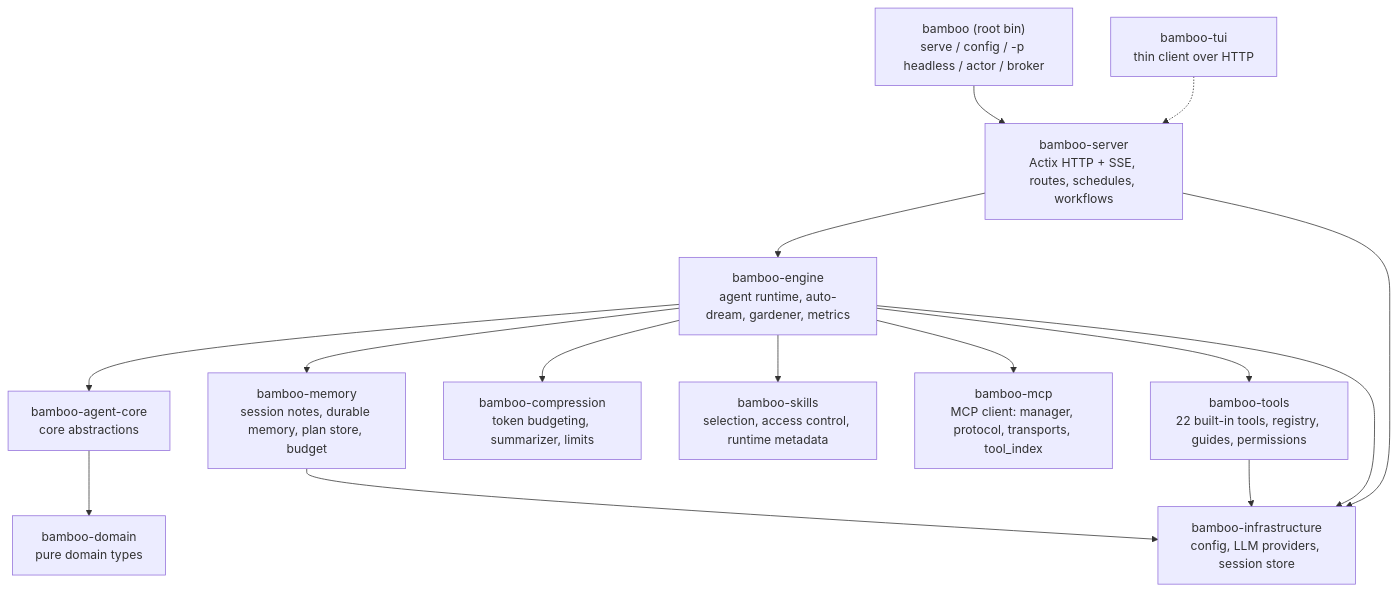
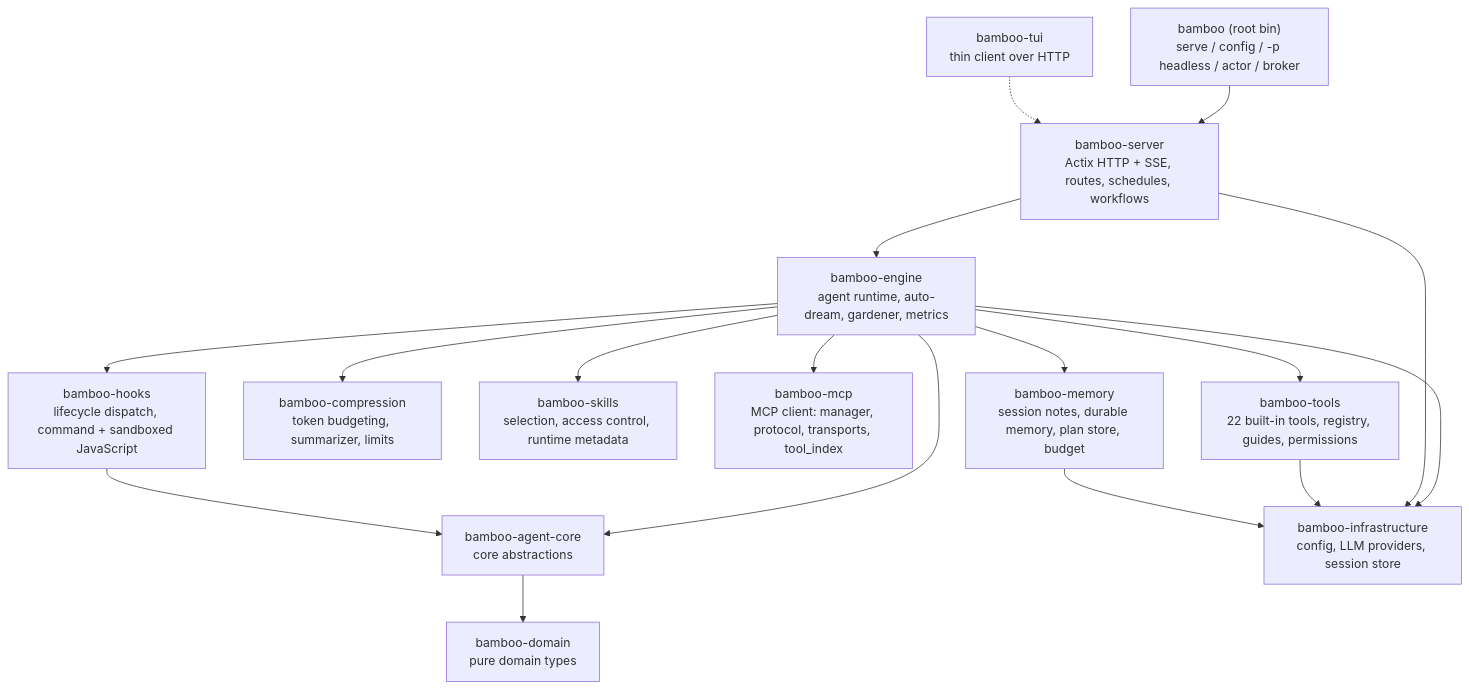
The diagram in README.md (bigduu/Bamboo-agent), drawn with Mermaid before and after one commit. The commit also changed other lines of this file and 29 other files, not shown here.

Commit message:
feat: add sandboxed JavaScript lifecycle hooks (#768)

````diff
--- a/README.md
+++ b/README.md
@@ -49,17 +49,19 @@
 ```mermaid
 graph TD
   CLI["bamboo (root bin)<br/>serve / config / -p headless / actor / broker"] --> SRV[bamboo-server<br/>Actix HTTP + SSE, routes, schedules, workflows]
   SRV --> ENG[bamboo-engine<br/>agent runtime, auto-dream, gardener, metrics]
   ENG --> CORE[bamboo-agent-core<br/>core abstractions]
   CORE --> DOM[bamboo-domain<br/>pure domain types]
   ENG --> MEM[bamboo-memory<br/>session notes, durable memory, plan store, budget]
   ENG --> CMP[bamboo-compression<br/>token budgeting, summarizer, limits]
   ENG --> SKILLS[bamboo-skills<br/>selection, access control, runtime metadata]
   ENG --> MCP[bamboo-mcp<br/>MCP client: manager, protocol, transports, tool_index]
   ENG --> TOOLS[bamboo-tools<br/>22 built-in tools, registry, guides, permissions]
+  ENG --> HOOKS[bamboo-hooks<br/>lifecycle dispatch, command + sandboxed JavaScript]
   ENG --> INFRA[bamboo-infrastructure<br/>config, LLM providers, session store]
+  HOOKS --> CORE
   SRV --> INFRA
   TOOLS --> INFRA
   MEM --> INFRA
   CLI2["bamboo-tui<br/>thin client over HTTP"] -.-> SRV
 ```
````
